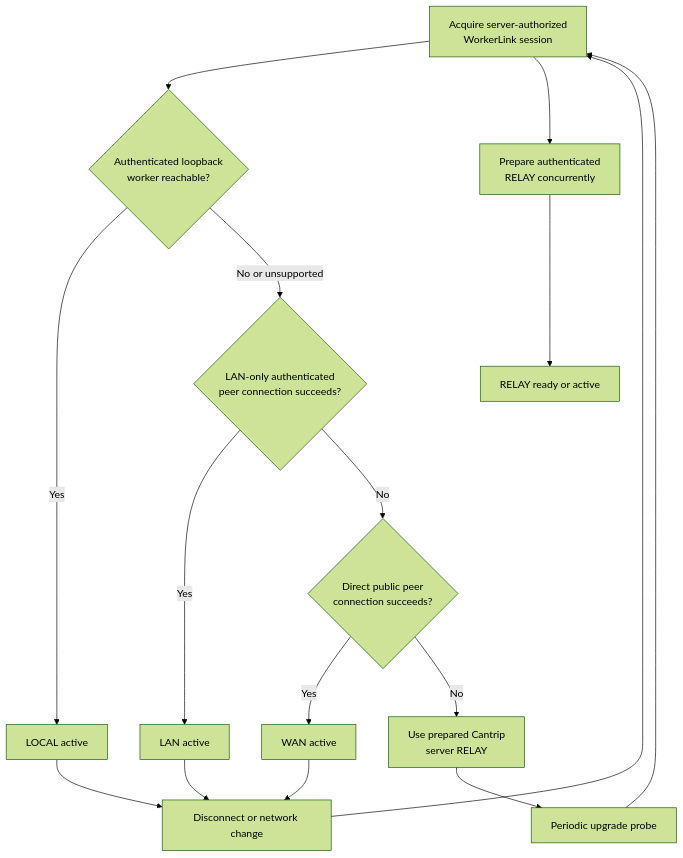
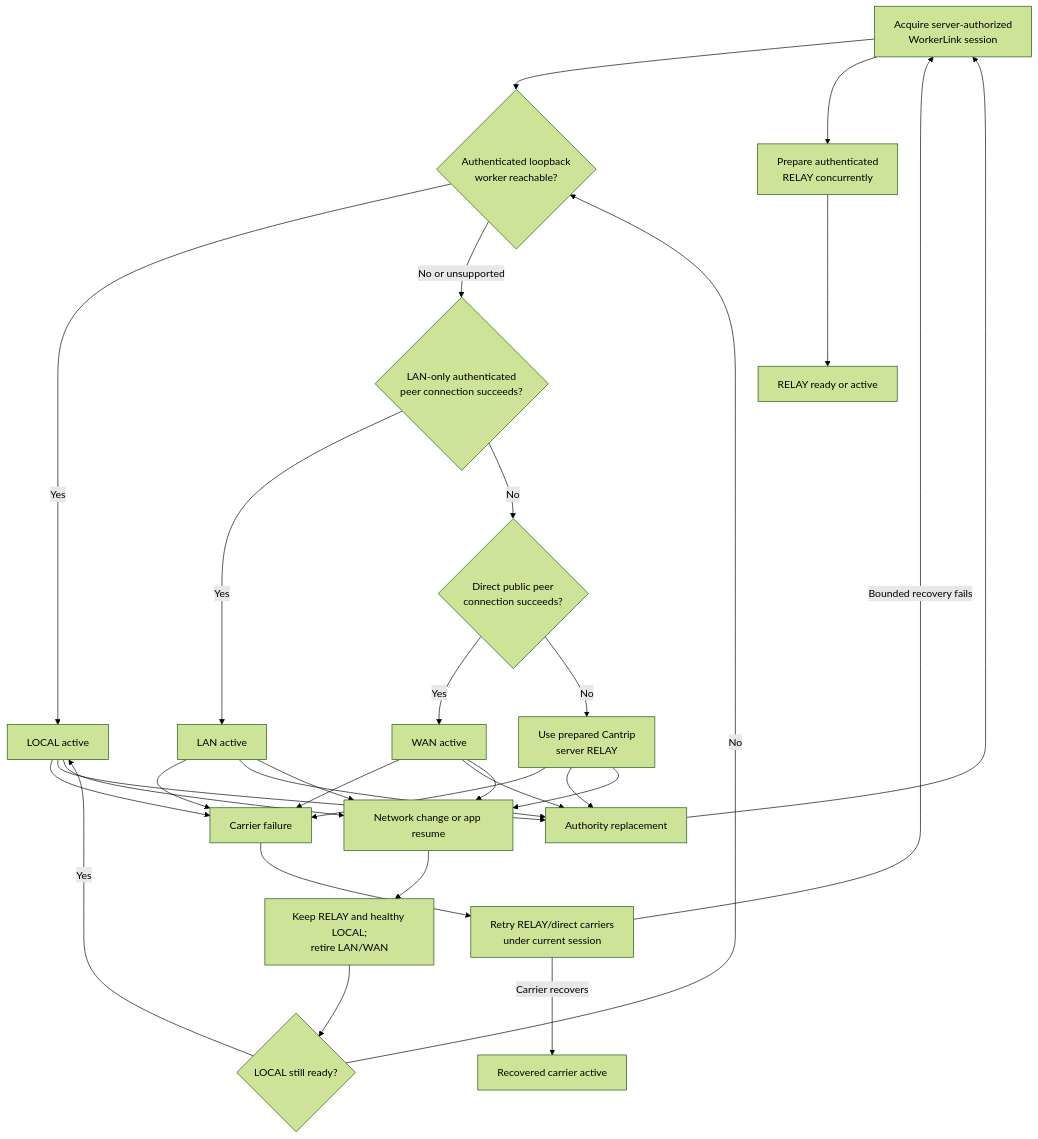
One commit to ArcaneArts/Cantrip changed the second of 6 diagrams in docs/NETWORK.md. Above: the diagram before and after it, drawn with Mermaid (forest theme). The commit also changed other lines of this file and 47 other files, not shown here.

````diff
--- a/docs/NETWORK.md
+++ b/docs/NETWORK.md
@@ -161,19 +166,33 @@
 ```mermaid
 flowchart TD
     START["Acquire server-authorized<br/>WorkerLink session"] --> LOCAL{"Authenticated loopback<br/>worker reachable?"}
     START --> RELAY_PREP["Prepare authenticated<br/>RELAY concurrently"]
     LOCAL -->|Yes| LOCAL_ACTIVE["LOCAL active"]
     LOCAL -->|No or unsupported| LAN{"LAN-only authenticated<br/>peer connection succeeds?"}
     LAN -->|Yes| LAN_ACTIVE["LAN active"]
     LAN -->|No| WAN{"Direct public peer<br/>connection succeeds?"}
     WAN -->|Yes| WAN_ACTIVE["WAN active"]
     WAN -->|No| RELAY["Use prepared Cantrip<br/>server RELAY"]
     RELAY_PREP --> RELAY_READY["RELAY ready or active"]
 
-    LOCAL_ACTIVE --> CHANGE["Disconnect or network change"]
-    LAN_ACTIVE --> CHANGE
-    WAN_ACTIVE --> CHANGE
-    RELAY --> RETRY["Periodic upgrade probe"]
-    CHANGE --> START
-    RETRY --> START
+    LOCAL_ACTIVE --> CARRIER_FAILURE["Carrier failure"]
+    LAN_ACTIVE --> CARRIER_FAILURE
+    WAN_ACTIVE --> CARRIER_FAILURE
+    RELAY --> CARRIER_FAILURE
+    CARRIER_FAILURE --> RECOVER["Retry RELAY/direct carriers<br/>under current session"]
+    RECOVER -->|Carrier recovers| ROUTE_ACTIVE["Recovered carrier active"]
+    RECOVER -->|Bounded recovery fails| START
+    LOCAL_ACTIVE --> AUTHORITY["Authority replacement"]
+    LAN_ACTIVE --> AUTHORITY
+    WAN_ACTIVE --> AUTHORITY
+    RELAY --> AUTHORITY
+    AUTHORITY --> START
+    LOCAL_ACTIVE --> MOBILITY["Network change or app resume"]
+    LAN_ACTIVE --> MOBILITY
+    WAN_ACTIVE --> MOBILITY
+    RELAY --> MOBILITY
+    MOBILITY --> KEEP["Keep RELAY and healthy LOCAL;<br/>retire LAN/WAN"]
+    KEEP --> LOCAL_KEPT{"LOCAL still ready?"}
+    LOCAL_KEPT -->|Yes| LOCAL_ACTIVE
+    LOCAL_KEPT -->|No| LOCAL
 ```
````
